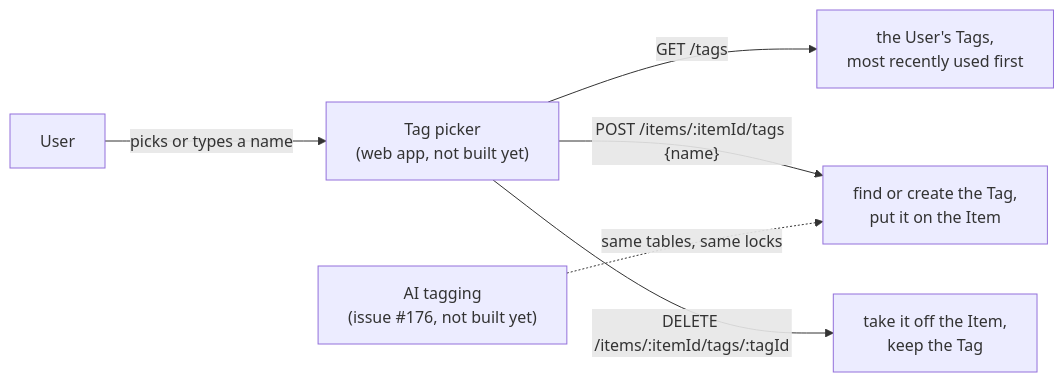
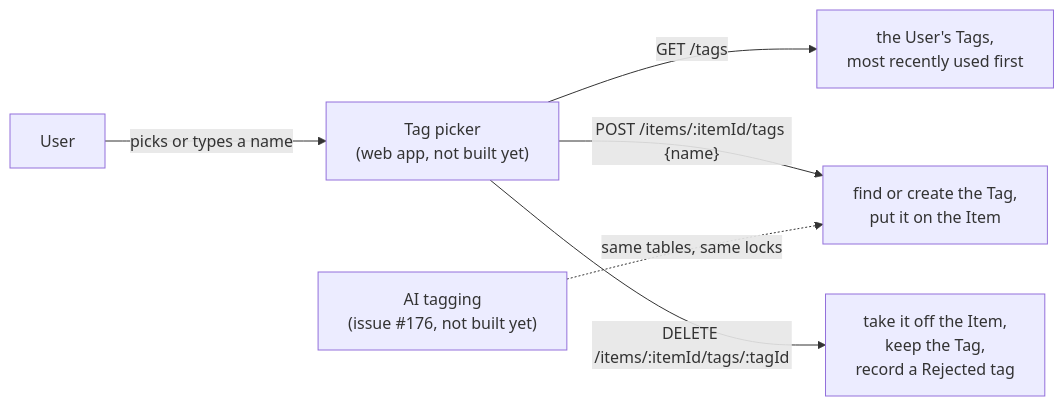
The diagram in docs/tags.md (souravdotdev/Resonory), drawn with Mermaid before and after one commit. The commit also changed other lines of this file and 3 other files, not shown here.

Commit message:
docs: describe Rejected tags as built (#177)

````diff
--- a/docs/tags.md
+++ b/docs/tags.md
@@ -9,8 +9,8 @@
 ```mermaid
 flowchart LR
     U["User"] -- "picks or types a name" --> P["Tag picker<br/>(web app, not built yet)"]
     P -- "GET /tags" --> L["the User's Tags,<br/>most recently used first"]
     P -- "POST /items/:itemId/tags {name}" --> T["find or create the Tag,<br/>put it on the Item"]
-    P -- "DELETE /items/:itemId/tags/:tagId" --> R["take it off the Item,<br/>keep the Tag"]
+    P -- "DELETE /items/:itemId/tags/:tagId" --> R["take it off the Item,<br/>keep the Tag,<br/>record a Rejected tag"]
     AI["AI tagging<br/>(issue #176, not built yet)"] -. "same tables, same locks" .-> T
 ```
````
